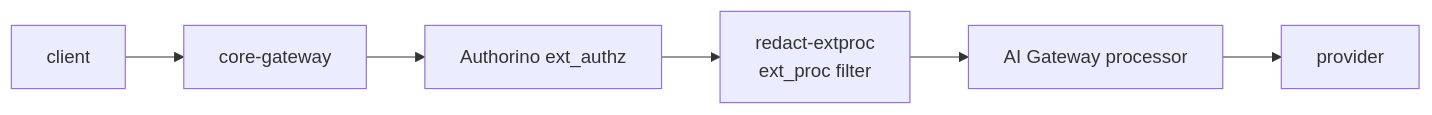
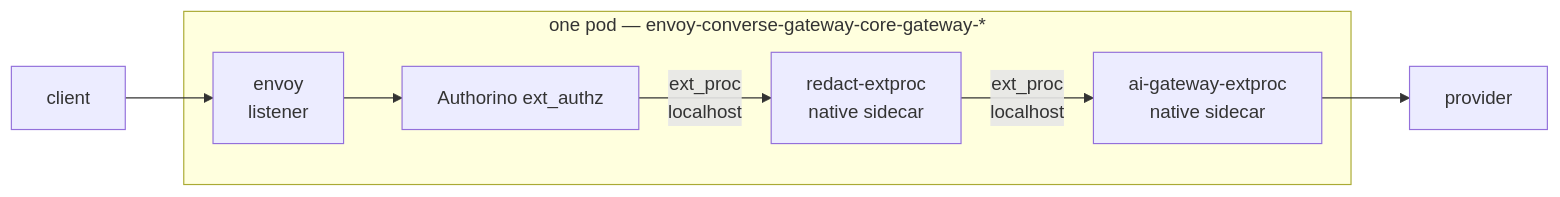
The diagram in docs/adr/0116-redaction-as-ext-proc.md (ADORSYS-GIS/ai-helm), drawn with Mermaid before and after one commit. The commit also changed other lines of this file and 1 other file, not shown here.

````diff
--- a/docs/adr/0116-redaction-as-ext-proc.md
+++ b/docs/adr/0116-redaction-as-ext-proc.md
@@ -66,8 +66,10 @@
 ```mermaid
 flowchart LR
-    C["client"] --> EG["core-gateway"]
-    EG --> AZ["Authorino ext_authz"]
-    AZ --> RX["redact-extproc<br/>ext_proc filter"]
-    RX --> AIEG["AI Gateway processor"]
+    C["client"] --> EG["envoy<br/>listener"]
+    subgraph pod ["one pod — envoy-converse-gateway-core-gateway-*"]
+        EG --> AZ["Authorino ext_authz"]
+        AZ -->|"ext_proc<br/>localhost"| RX["redact-extproc<br/>native sidecar"]
+        RX -->|"ext_proc<br/>localhost"| AIEG["ai-gateway-extproc<br/>native sidecar"]
+    end
     AIEG --> P["provider"]
 ```
````
